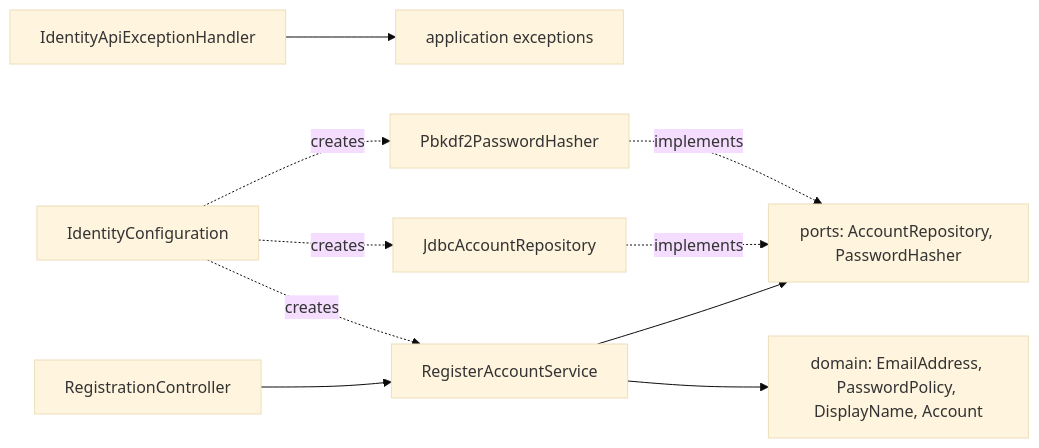
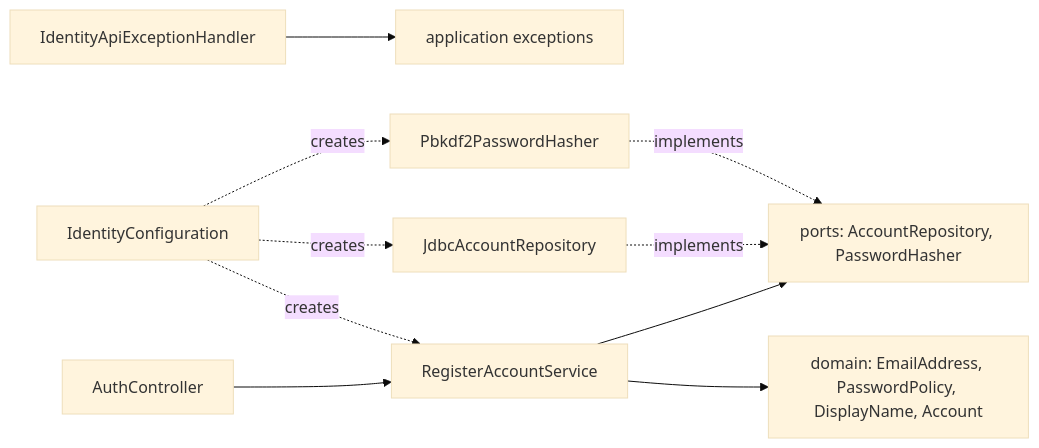
Before and after one commit to luubinhdeptrai/CapsuleAI: the diagram in docs/06-scrum/sprints/sprint-01/implementation-guides/US-AUTH-001-guide.md, drawn with Mermaid (base theme). The commit also changed other lines of this file and 10 other files, not shown here.

Commit message:
refactor auth controller

````diff
--- a/docs/06-scrum/sprints/sprint-01/implementation-guides/US-AUTH-001-guide.md
+++ b/docs/06-scrum/sprints/sprint-01/implementation-guides/US-AUTH-001-guide.md
@@ -121,10 +121,10 @@
 ```mermaid
 flowchart LR
-    RC[RegistrationController] --> S[RegisterAccountService]
+    RC[AuthController] --> S[RegisterAccountService]
     EH[IdentityApiExceptionHandler] --> AppEx[application exceptions]
     S --> D[domain: EmailAddress, PasswordPolicy, DisplayName, Account]
     S --> P[ports: AccountRepository, PasswordHasher]
     J[JdbcAccountRepository] -. implements .-> P
     H[Pbkdf2PasswordHasher] -. implements .-> P
     C[IdentityConfiguration] -. creates .-> S & J & H
 ```
````
